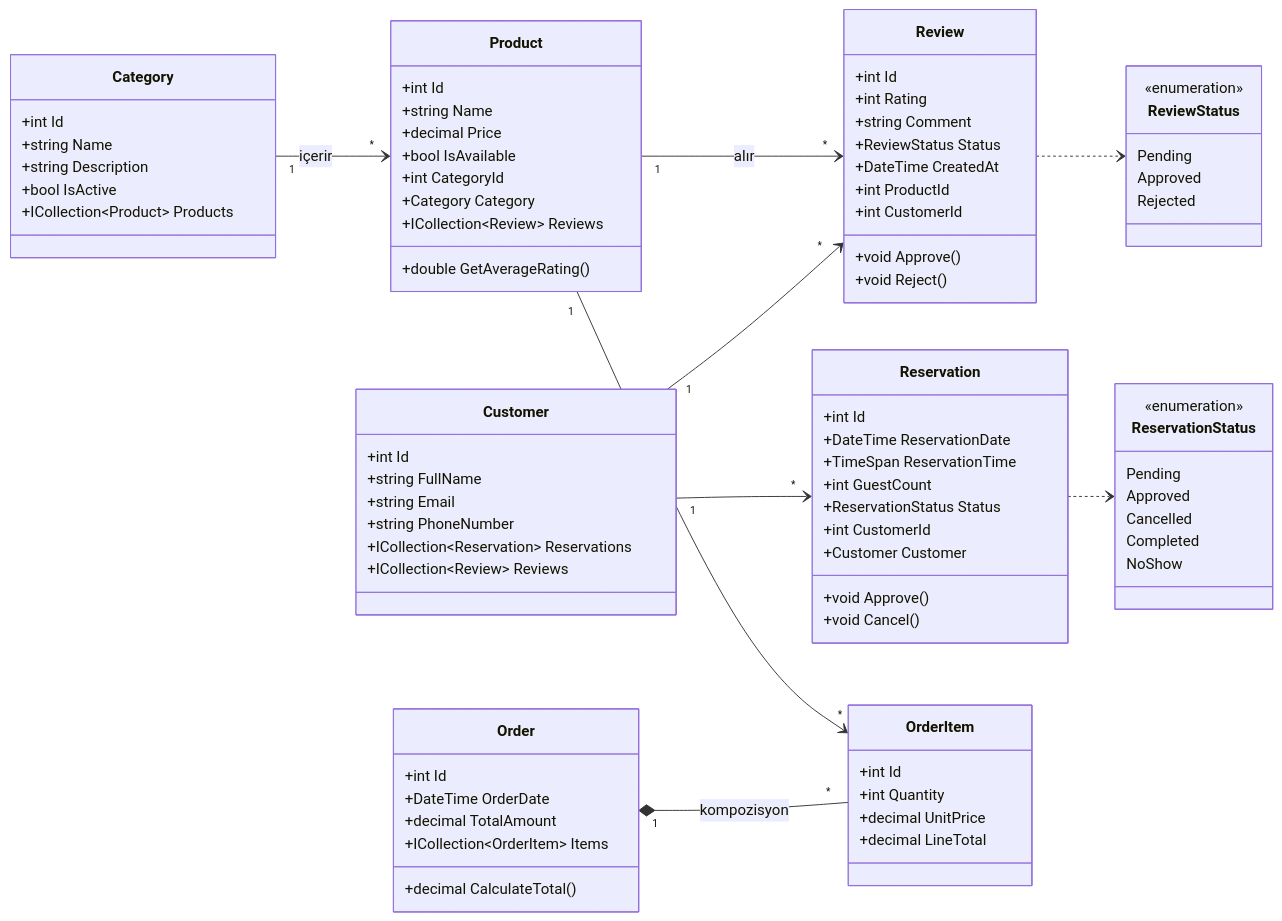
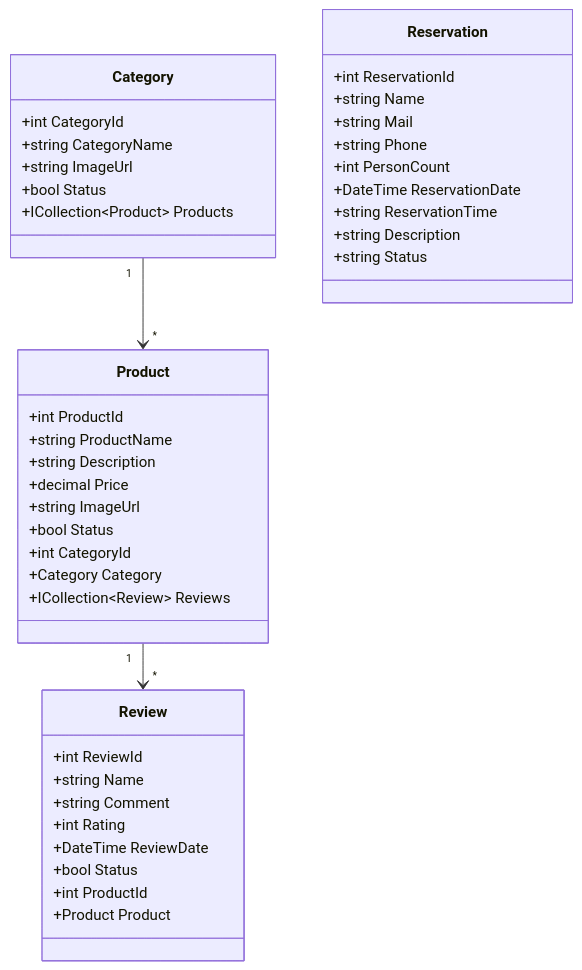
The fourth of 10 diagrams in README.md (yelda-batti0/DinaRestaurant-PostgreSQL), drawn with Mermaid before and after one commit. The commit also changed other lines of this file, not shown here.

````diff
--- a/README.md
+++ b/README.md
@@ -446,96 +408,48 @@
 ```mermaid
 classDiagram
-    direction LR
-
     class Category {
-        +int Id
-        +string Name
-        +string Description
-        +bool IsActive
+        +int CategoryId
+        +string CategoryName
+        +string ImageUrl
+        +bool Status
         +ICollection~Product~ Products
     }
 
     class Product {
-        +int Id
-        +string Name
+        +int ProductId
+        +string ProductName
+        +string Description
         +decimal Price
-        +bool IsAvailable
+        +string ImageUrl
+        +bool Status
         +int CategoryId
         +Category Category
         +ICollection~Review~ Reviews
-        +double GetAverageRating()
     }
 
-    class Customer {
-        +int Id
-        +string FullName
-        +string Email
-        +string PhoneNumber
-        +ICollection~Reservation~ Reservations
-        +ICollection~Review~ Reviews
+    class Review {
+        +int ReviewId
+        +string Name
+        +string Comment
+        +int Rating
+        +DateTime ReviewDate
+        +bool Status
+        +int ProductId
+        +Product Product
     }
 
     class Reservation {
-        +int Id
+        +int ReservationId
+        +string Name
+        +string Mail
+        +string Phone
+        +int PersonCount
         +DateTime ReservationDate
-        +TimeSpan ReservationTime
-        +int GuestCount
-        +ReservationStatus Status
-        +int CustomerId
-        +Customer Customer
-        +void Approve()
-        +void Cancel()
+        +string ReservationTime
+        +string Description
+        +string Status
     }
 
-    class Review {
-        +int Id
-        +int Rating
-        +string Comment
-        +ReviewStatus Status
-        +DateTime CreatedAt
-        +int ProductId
-        +int CustomerId
-        +void Approve()
-        +void Reject()
-    }
-
-    class Order {
-        +int Id
-        +DateTime OrderDate
-        +decimal TotalAmount
-        +ICollection~OrderItem~ Items
-        +decimal CalculateTotal()
-    }
-
-    class OrderItem {
-        +int Id
-        +int Quantity
-        +decimal UnitPrice
-        +decimal LineTotal
-    }
-
-    class ReservationStatus {
-        <<enumeration>>
-        Pending
-        Approved
-        Cancelled
-        Completed
-        NoShow
-    }
-
-    class ReviewStatus {
-        <<enumeration>>
-        Pending
-        Approved
-        Rejected
-    }
-
-    Category "1" --> "*" Product : içerir
-    Product "1" --> "*" Review : alır
-    Product "1" --> "*" OrderItem
-    Customer "1" --> "*" Reservation
-    Customer "1" --> "*" Review
-    Order "1" *-- "*" OrderItem : kompozisyon
-    Reservation ..> ReservationStatus
-    Review ..> ReviewStatus
+    Category "1" --> "*" Product
+    Product "1" --> "*" Review
 ```
````
